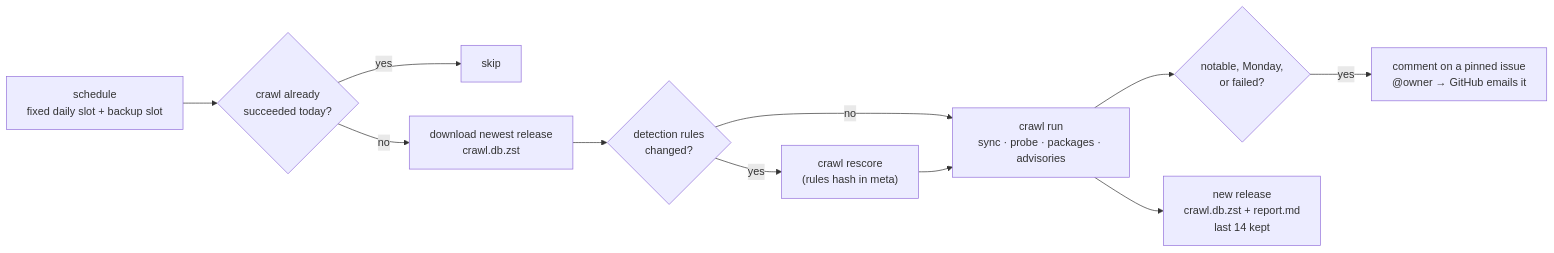
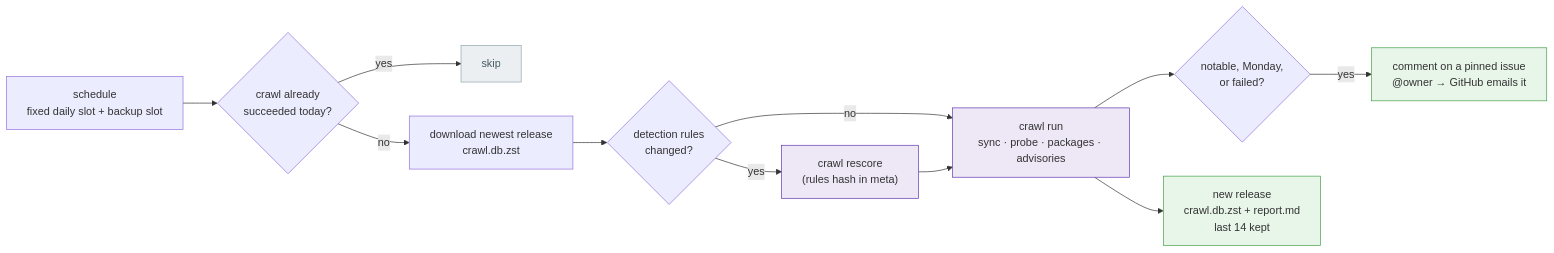
Before and after one commit to SomehowLiving/sniffmcp: the eighth of 8 diagrams in ARCHITECTURE.md, drawn with Mermaid. The commit also changed other lines of this file and 3 other files, not shown here.

Commit message:
Docs: 'Why SniffMCP' product page (MCP trust model, tool poisoning, shadowing, rug pull, defence in depth, honest limits; quotes verified against OWASP/Microsoft/ACL); colour-coded architecture diagrams

````diff
--- a/ARCHITECTURE.md
+++ b/ARCHITECTURE.md
@@ -284,13 +328,23 @@
 ```mermaid
 flowchart LR
     SCHED["schedule<br/>fixed daily slot + backup slot"] --> GATE{"crawl already<br/>succeeded today?"}
     GATE -->|yes| SKIPPED["skip"]
     GATE -->|no| FETCH["download newest release<br/>crawl.db.zst"]
     FETCH --> RULES{"detection rules<br/>changed?"}
     RULES -->|yes| RESCORE["crawl rescore<br/>(rules hash in meta)"]
     RULES -->|no| RUN
     RESCORE --> RUN["crawl run<br/>sync · probe · packages · advisories"]
     RUN --> DIGEST{"notable, Monday,<br/>or failed?"}
     DIGEST -->|yes| ISSUE["comment on a pinned issue<br/>@owner → GitHub emails it"]
     RUN --> SAVE["new release<br/>crawl.db.zst + report.md<br/>last 14 kept"]
+
+    classDef sniff fill:#ede7f6,stroke:#5e35b1
+    classDef bad fill:#ffebee,stroke:#e53935
+    classDef ok fill:#e8f5e9,stroke:#43a047
+    classDef muted fill:#eceff1,stroke:#90a4ae,color:#455a64
+    classDef ext fill:#fff8e1,stroke:#f9a825
+    classDef store fill:#e3f2fd,stroke:#1e88e5
+    class SKIPPED muted
+    class RESCORE,RUN sniff
+    class ISSUE,SAVE ok
 ```
````
